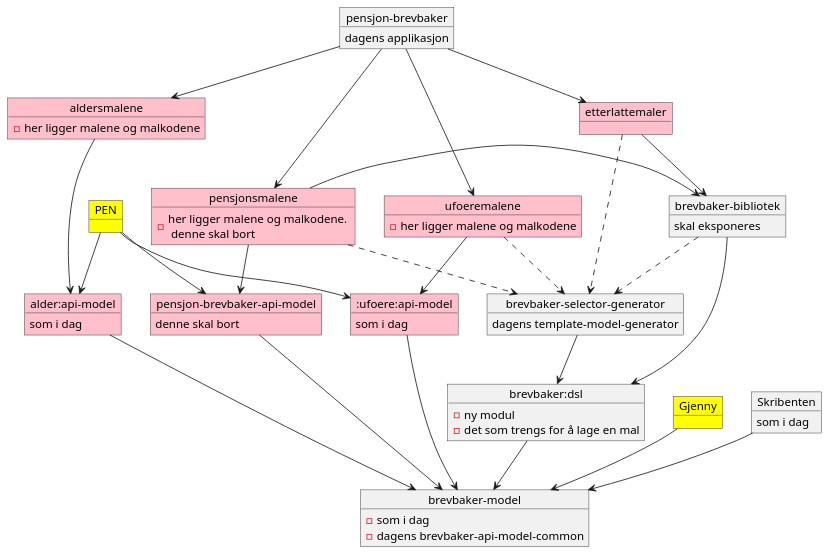
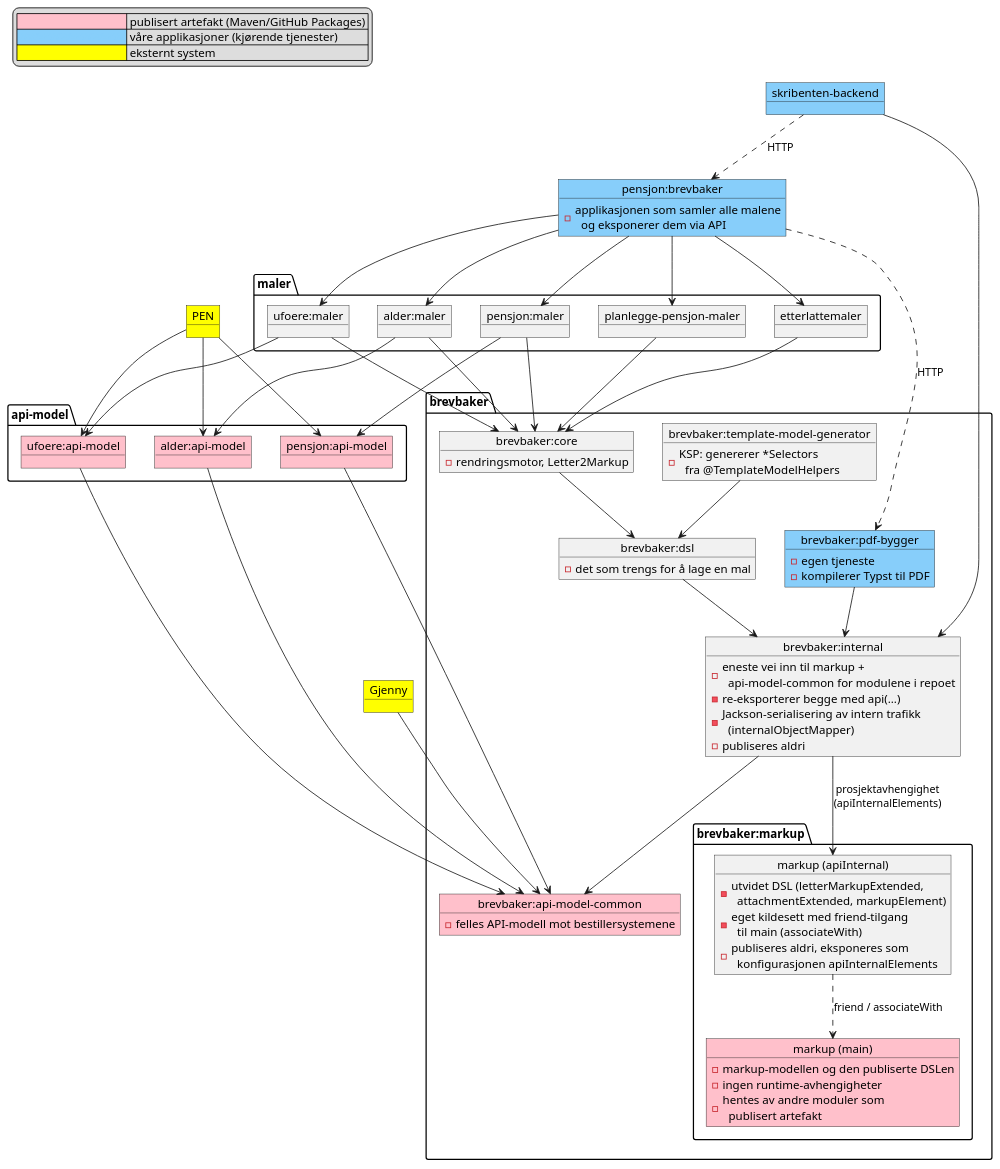
The diagram in docs/modules/ROOT/examples/moduldiagram.puml (navikt/pensjonsbrev), drawn with PlantUML before and after one commit.

Commit message:
moduldiagram.

```diff
--- a/docs/modules/ROOT/examples/moduldiagram.puml
+++ b/docs/modules/ROOT/examples/moduldiagram.puml
@@ -1,76 +1,106 @@
 @startuml
 
-object "pensjon-brevbaker" as brevbaker
-brevbaker : dagens applikasjon
+legend top left
+  |<#pink><color:#pink>WWWWWWWWWW</color> | publisert artefakt (Maven/GitHub Packages) |
+  |<#lightskyblue><color:#lightskyblue>WWWWWWWWWW</color> | våre applikasjoner (kjørende tjenester) |
+  |<#yellow><color:#yellow>WWWWWWWWWW</color> | eksternt system |
+endlegend
 
-object pensjonsmalene #pink
-pensjonsmalene : - her ligger malene og malkodene. \n denne skal bort
+package "brevbaker" {
+  package "brevbaker:markup" {
+    object "markup (main)" as markup #pink
+    markup : - markup-modellen og den publiserte DSLen
+    markup : - ingen runtime-avhengigheter
+    markup : - hentes av andre moduler som\n  publisert artefakt
 
-object ufoeremalene #pink
-ufoeremalene : - her ligger malene og malkodene
+    object "markup (apiInternal)" as markupInternal
+    markupInternal : - utvidet DSL (letterMarkupExtended,\n  attachmentExtended, markupElement)
+    markupInternal : - eget kildesett med friend-tilgang\n  til main (associateWith)
+    markupInternal : - publiseres aldri, eksponeres som\n  konfigurasjonen apiInternalElements
+  }
 
-object aldersmalene #pink
-aldersmalene : - her ligger malene og malkodene
+  object "brevbaker:api-model-common" as modelcommon #pink
+  modelcommon : - felles API-modell mot bestillersystemene
 
-object "etterlattemaler" as etterlatte #pink
+  object "brevbaker:internal" as internal
+  internal : - eneste vei inn til markup +\n  api-model-common for modulene i repoet
+  internal : - re-eksporterer begge med api(...)
+  internal : - Jackson-serialisering av intern trafikk\n  (internalObjectMapper)
+  internal : - publiseres aldri
 
-object "pensjon-brevbaker-api-model" as pensjonapimodel #pink
-pensjonapimodel : denne skal bort
+  object "brevbaker:dsl" as dsl
+  dsl : - det som trengs for å lage en mal
 
-object "alder:api-model" as alderapimodel #pink
-alderapimodel : som i dag
+  object "brevbaker:core" as core
+  core : - rendringsmotor, Letter2Markup
 
-object ":ufoere:api-model" as ufoereapimodel #pink
-ufoereapimodel : som i dag
+  object "brevbaker:template-model-generator" as tmg
+  tmg : - KSP: genererer *Selectors\n  fra @TemplateModelHelpers
 
-object "brevbaker:dsl" as dsl
-dsl : - ny modul
-dsl : - det som trengs for å lage en mal
+  object "brevbaker:pdf-bygger" as pdfbygger #lightskyblue
+  pdfbygger : - egen tjeneste
+  pdfbygger : - kompilerer Typst til PDF
+}
 
-object "brevbaker-bibliotek" as bibliotek
-bibliotek : skal eksponeres
+package "maler" {
+  object "pensjon:maler" as pensjonsmalene
+  object "alder:maler" as aldersmalene
+  object "ufoere:maler" as ufoeremalene
+  object "etterlattemaler" as etterlatte
+  object "planlegge-pensjon-maler" as planlegge
+}
 
+package "api-model" {
+  object "pensjon:api-model" as pensjonapimodel #pink
+  object "alder:api-model" as alderapimodel #pink
+  object "ufoere:api-model" as ufoereapimodel #pink
+}
+
+object "pensjon:brevbaker" as brevbakerApp #lightskyblue
+brevbakerApp : - applikasjonen som samler alle malene\n  og eksponerer dem via API
+
+object "skribenten-backend" as skribenten #lightskyblue
+object PEN #yellow
 object Gjenny #yellow
 
-object "brevbaker-model" as modelcommon
-modelcommon : - som i dag
-modelcommon : - dagens brevbaker-api-model-common
+' brevbaker-modulene
+internal --> markupInternal : prosjektavhengighet\n(apiInternalElements)
+markupInternal ..> markup : friend / associateWith
+internal --> modelcommon
+dsl --> internal
+core --> dsl
+tmg --> dsl
+pdfbygger --> internal
 
-object "brevbaker-selector-generator" as tmg
-tmg : dagens template-model-generator
+' malmoduler
+pensjonsmalene --> core
+aldersmalene --> core
+ufoeremalene --> core
+etterlatte --> core
+planlegge --> core
 
-object PEN #yellow
-
-object Skribenten
-Skribenten : som i dag
-
-bibliotek --> dsl
-brevbaker --> pensjonsmalene
-brevbaker --> aldersmalene
-brevbaker --> ufoeremalene
-brevbaker --> etterlatte
 pensjonsmalene --> pensjonapimodel
-
 aldersmalene --> alderapimodel
 ufoeremalene --> ufoereapimodel
 
-pensjonsmalene -> bibliotek
-etterlatte --> bibliotek
 pensjonapimodel --> modelcommon
 alderapimodel --> modelcommon
 ufoereapimodel --> modelcommon
-dsl --> modelcommon
-tmg --> dsl
-etterlatte ..> tmg
-pensjonsmalene ..> tmg
-ufoeremalene ..> tmg
-bibliotek ..> tmg
 
+' applikasjonen
+brevbakerApp --> pensjonsmalene
+brevbakerApp --> aldersmalene
+brevbakerApp --> ufoeremalene
+brevbakerApp --> etterlatte
+brevbakerApp --> planlegge
+brevbakerApp ..> pdfbygger : HTTP
+
+' konsumenter
+skribenten --> internal
+skribenten ..> brevbakerApp : HTTP
 PEN --> pensjonapimodel
 PEN --> alderapimodel
 PEN --> ufoereapimodel
 Gjenny --> modelcommon
 
-Skribenten --> modelcommon
-
 @enduml
```
